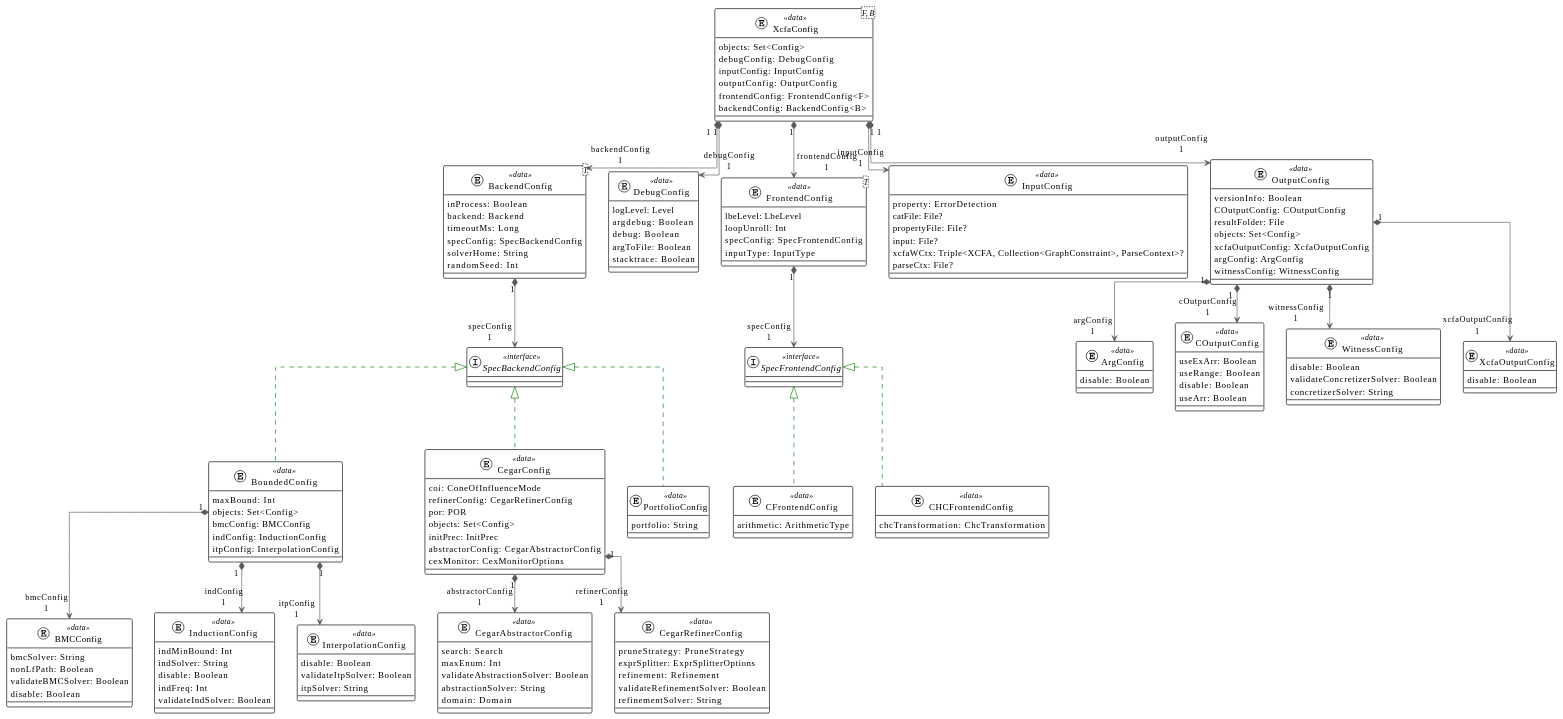
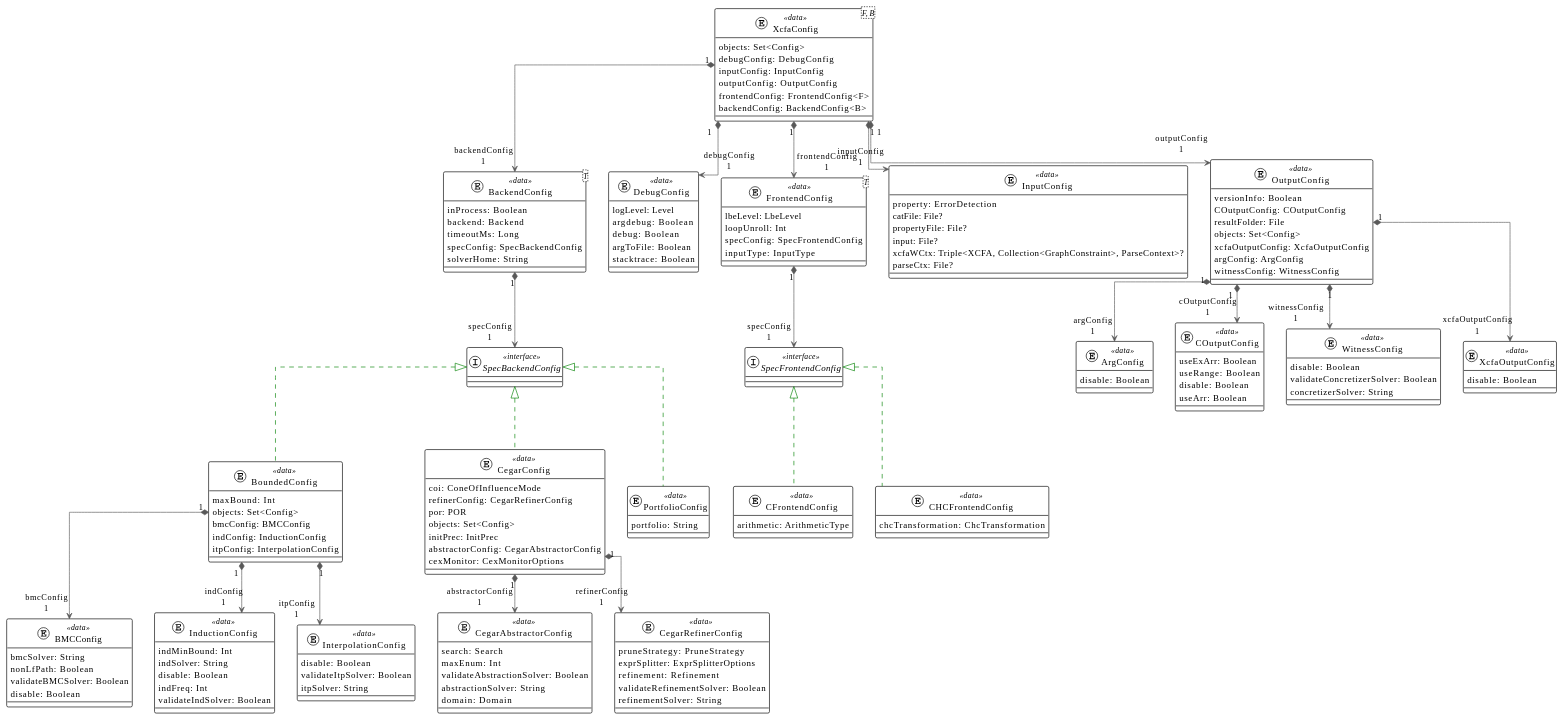
One commit to ftsrg/theta changed the diagram in subprojects/xcfa/xcfa-cli/README.md. Above: the diagram before and after it, drawn with PlantUML. The commit also changed 1 other file, not shown here.

Commit message:
remove random seed

```diff
--- a/subprojects/xcfa/xcfa-cli/README.md
+++ b/subprojects/xcfa/xcfa-cli/README.md
@@ -49,7 +49,6 @@
    timeoutMs: Long
    specConfig: SpecBackendConfig
    solverHome: String
-   randomSeed: Int
 }
 entity  BoundedConfig << data >> {
    maxBound: Int
```
